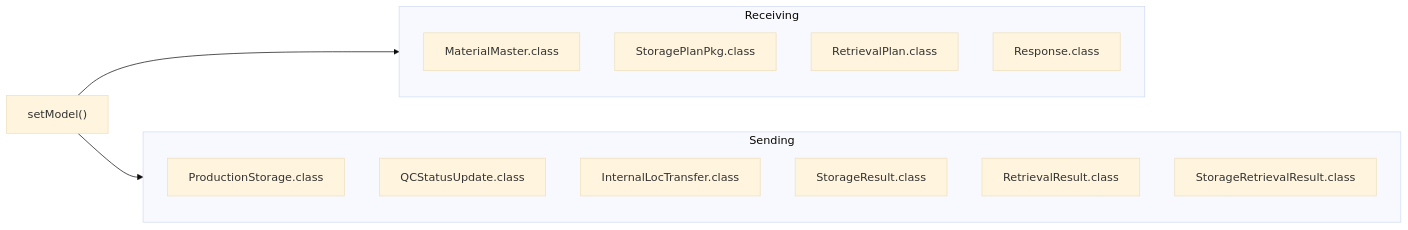
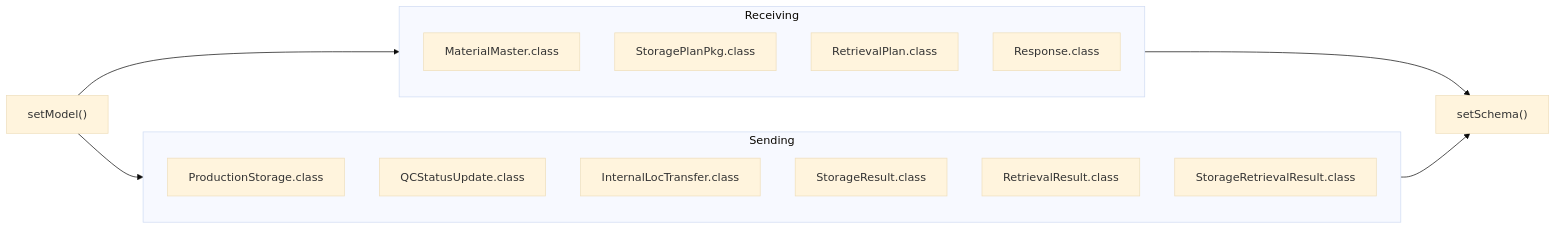
The fourth of 4 diagrams in Basic-Design/Host-Interfaces.md (luthfiadityaa/SimeDarby-Wiki), drawn with Mermaid (base theme) before and after one commit.

Commit message:
Updated Host Interfaces

```diff
--- a/Basic-Design/Host-Interfaces.md
+++ b/Basic-Design/Host-Interfaces.md
@@ -99,22 +99,23 @@
 ::: mermaid
 flowchart LR
+ E1["setSchema()"]
  C1["setModel()"]  
- C1 --> Receiving 
- C1 --> Sending 
+ C1 --> Receiving --> E1
+ C1 --> Sending --> E1
 
 subgraph Receiving
  C21["MaterialMaster.class"]
  C22["StoragePlanPkg.class"] 
  C23["RetrievalPlan.class"] 
  C24["Response.class"]
 end
 
 subgraph Sending
  C25["ProductionStorage.class"]
  C26["QCStatusUpdate.class"]
  C27["InternalLocTransfer.class"] 
  C28["StorageResult.class"]
  C29["RetrievalResult.class"] 
  C30["StorageRetrievalResult.class"] 
 end 
 :::
```
